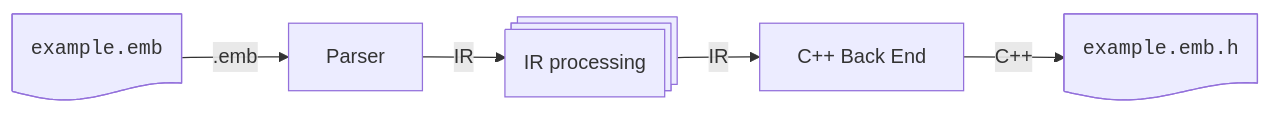
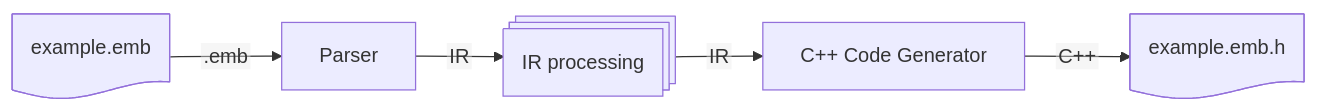
Before and after one commit to reventlov/emboss: the first of 3 diagrams in doc/design.md, drawn with Mermaid. The commit also changed other lines of this file, not shown here.

````diff
--- a/doc/design.md
+++ b/doc/design.md
@@ -13,13 +13,13 @@
 ```mermaid
-%%{init: {"flowchart": {"htmlLabels": true}} }%%
+%%{init: {"flowchart": {"htmlLabels": false}} }%%
 graph LR;
-    diskstart@{ shape: doc, label: "<code>example.emb</code>" }
+    diskstart@{ shape: doc, label: "example.emb" }
     parser["Parser"]
     processing@{ shape: procs, label: "IR processing" }
-    backend["C++ Back End"]
-    diskend@{ shape: doc, label: "<code>example.emb.h</code>" }
+    backend["C++ Code Generator"]
+    diskend@{ shape: doc, label: "example.emb.h" }
     diskstart-- ".emb" -->parser
     parser-- IR -->processing
     processing-- IR -->backend
     backend-- "C++" -->diskend
 ```
````
